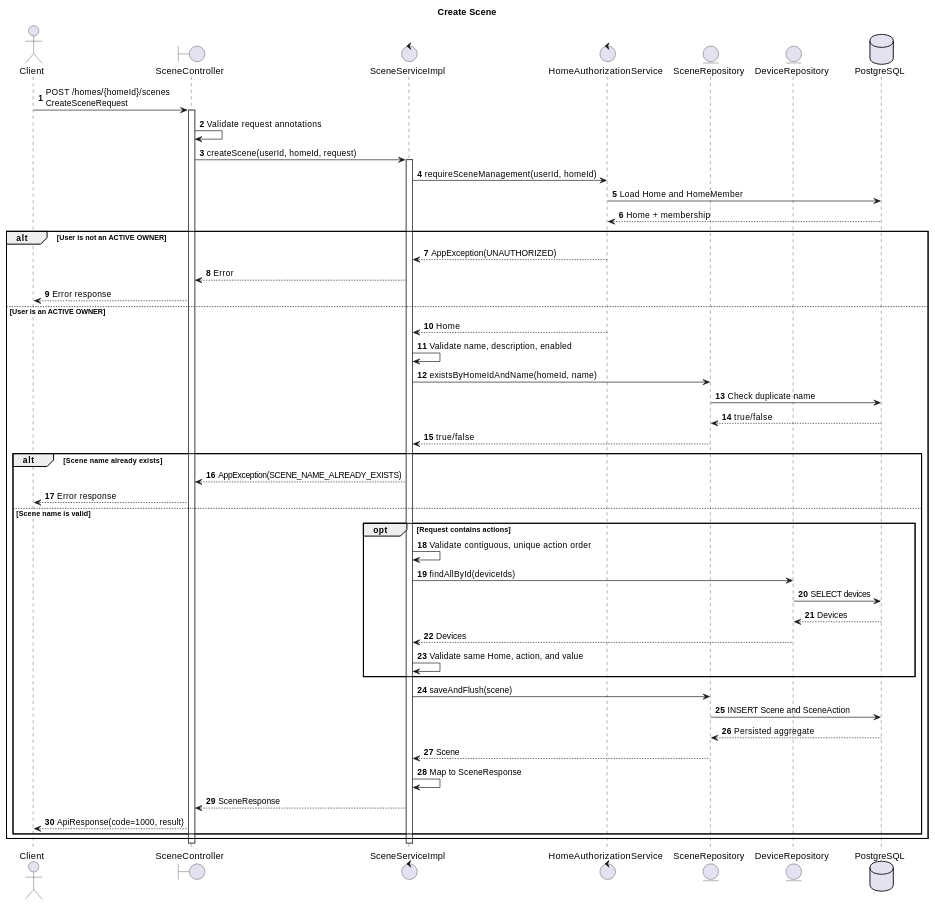
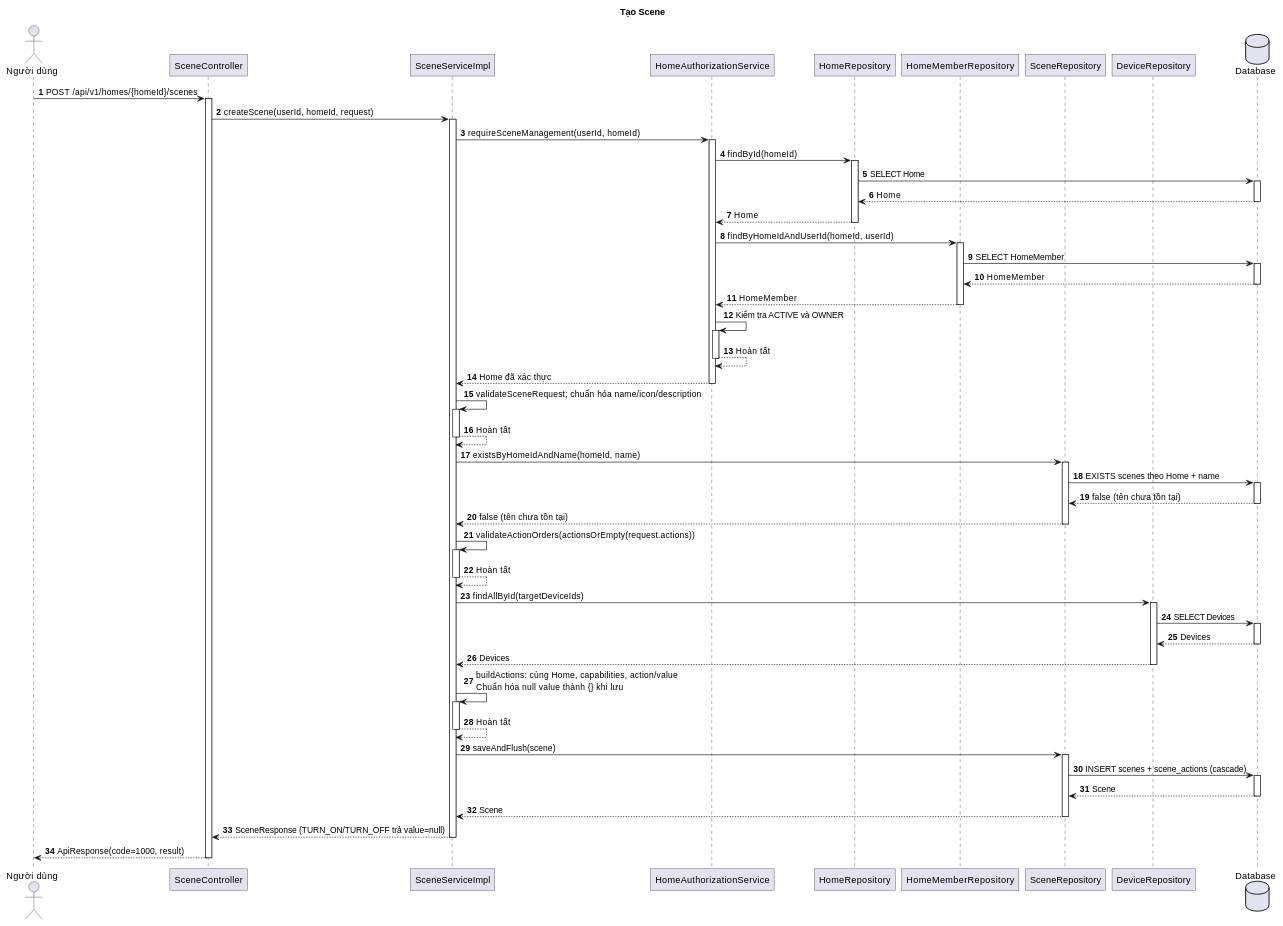
One commit to diethon/backend_hesta changed the fifth of 13 diagrams in docs/SCENE_CRUD_DIAGRAMS.md. Above: the diagram before and after it, drawn with PlantUML. The commit also changed other lines of this file and 3 other files, not shown here.

````diff
--- a/docs/SCENE_CRUD_DIAGRAMS.md
+++ b/docs/SCENE_CRUD_DIAGRAMS.md
@@ -336,62 +531,88 @@
 ```plantuml
-@startuml Scene_Create_Sequence
-title Create Scene
+@startuml Scene_Create
+title Tạo Scene
+skinparam backgroundColor white
+skinparam shadowing false
+skinparam roundcorner 0
+skinparam defaultFontName Arial
+
 autonumber
-
-actor Client
-boundary SceneController as Controller
-control SceneServiceImpl as Service
-control HomeAuthorizationService as Authorization
-entity SceneRepository as SceneRepo
-entity DeviceRepository as DeviceRepo
-database PostgreSQL as DB
-
-Client -> Controller: POST /homes/{homeId}/scenes\nCreateSceneRequest
+actor "Người dùng" as Client
+participant "SceneController" as Controller
+participant "SceneServiceImpl" as Service
+participant "HomeAuthorizationService" as Auth
+participant "HomeRepository" as HomeRepo
+participant "HomeMemberRepository" as MemberRepo
+participant "SceneRepository" as SceneRepo
+participant "DeviceRepository" as DeviceRepo
+database "Database" as DB
+Client -> Controller: POST /api/v1/homes/{homeId}/scenes
 activate Controller
-Controller -> Controller: Validate request annotations
 Controller -> Service: createScene(userId, homeId, request)
 activate Service
-
-Service -> Authorization: requireSceneManagement(userId, homeId)
-Authorization -> DB: Load Home and HomeMember
-DB --> Authorization: Home + membership
-
-alt User is not an ACTIVE OWNER
-    Authorization --> Service: AppException(UNAUTHORIZED)
-    Service --> Controller: Error
-    Controller --> Client: Error response
-else User is an ACTIVE OWNER
-    Authorization --> Service: Home
-    Service -> Service: Validate name, description, enabled
-    Service -> SceneRepo: existsByHomeIdAndName(homeId, name)
-    SceneRepo -> DB: Check duplicate name
-    DB --> SceneRepo: true/false
-    SceneRepo --> Service: true/false
-
-    alt Scene name already exists
-        Service --> Controller: AppException(SCENE_NAME_ALREADY_EXISTS)
-        Controller --> Client: Error response
-    else Scene name is valid
-        opt Request contains actions
-            Service -> Service: Validate contiguous, unique action order
-            Service -> DeviceRepo: findAllById(deviceIds)
-            DeviceRepo -> DB: SELECT devices
-            DB --> DeviceRepo: Devices
-            DeviceRepo --> Service: Devices
-            Service -> Service: Validate same Home, action, and value
-        end
-
-        Service -> SceneRepo: saveAndFlush(scene)
-        SceneRepo -> DB: INSERT Scene and SceneAction
-        DB --> SceneRepo: Persisted aggregate
-        SceneRepo --> Service: Scene
-        Service -> Service: Map to SceneResponse
-        Service --> Controller: SceneResponse
-        Controller --> Client: ApiResponse(code=1000, result)
-    end
-end
-
+Service -> Auth: requireSceneManagement(userId, homeId)
+activate Auth
+Auth -> HomeRepo: findById(homeId)
+activate HomeRepo
+HomeRepo -> DB: SELECT Home
+activate DB
+DB --> HomeRepo: Home
+deactivate DB
+HomeRepo --> Auth: Home
+deactivate HomeRepo
+Auth -> MemberRepo: findByHomeIdAndUserId(homeId, userId)
+activate MemberRepo
+MemberRepo -> DB: SELECT HomeMember
+activate DB
+DB --> MemberRepo: HomeMember
+deactivate DB
+MemberRepo --> Auth: HomeMember
+deactivate MemberRepo
+Auth -> Auth: Kiểm tra ACTIVE và OWNER
+activate Auth
+Auth --> Auth: Hoàn tất
+deactivate Auth
+Auth --> Service: Home đã xác thực
+deactivate Auth
+Service -> Service: validateSceneRequest; chuẩn hóa name/icon/description
+activate Service
+Service --> Service: Hoàn tất
 deactivate Service
+Service -> SceneRepo: existsByHomeIdAndName(homeId, name)
+activate SceneRepo
+SceneRepo -> DB: EXISTS scenes theo Home + name
+activate DB
+DB --> SceneRepo: false (tên chưa tồn tại)
+deactivate DB
+SceneRepo --> Service: false (tên chưa tồn tại)
+deactivate SceneRepo
+Service -> Service: validateActionOrders(actionsOrEmpty(request.actions))
+activate Service
+Service --> Service: Hoàn tất
+deactivate Service
+Service -> DeviceRepo: findAllById(targetDeviceIds)
+activate DeviceRepo
+DeviceRepo -> DB: SELECT Devices
+activate DB
+DB --> DeviceRepo: Devices
+deactivate DB
+DeviceRepo --> Service: Devices
+deactivate DeviceRepo
+Service -> Service: buildActions: cùng Home, capabilities, action/value\nChuẩn hóa null value thành {} khi lưu
+activate Service
+Service --> Service: Hoàn tất
+deactivate Service
+Service -> SceneRepo: saveAndFlush(scene)
+activate SceneRepo
+SceneRepo -> DB: INSERT scenes + scene_actions (cascade)
+activate DB
+DB --> SceneRepo: Scene
+deactivate DB
+SceneRepo --> Service: Scene
+deactivate SceneRepo
+Service --> Controller: SceneResponse (TURN_ON/TURN_OFF trả value=null)
+deactivate Service
+Controller --> Client: ApiResponse(code=1000, result)
 deactivate Controller
 @enduml
 ```
````
